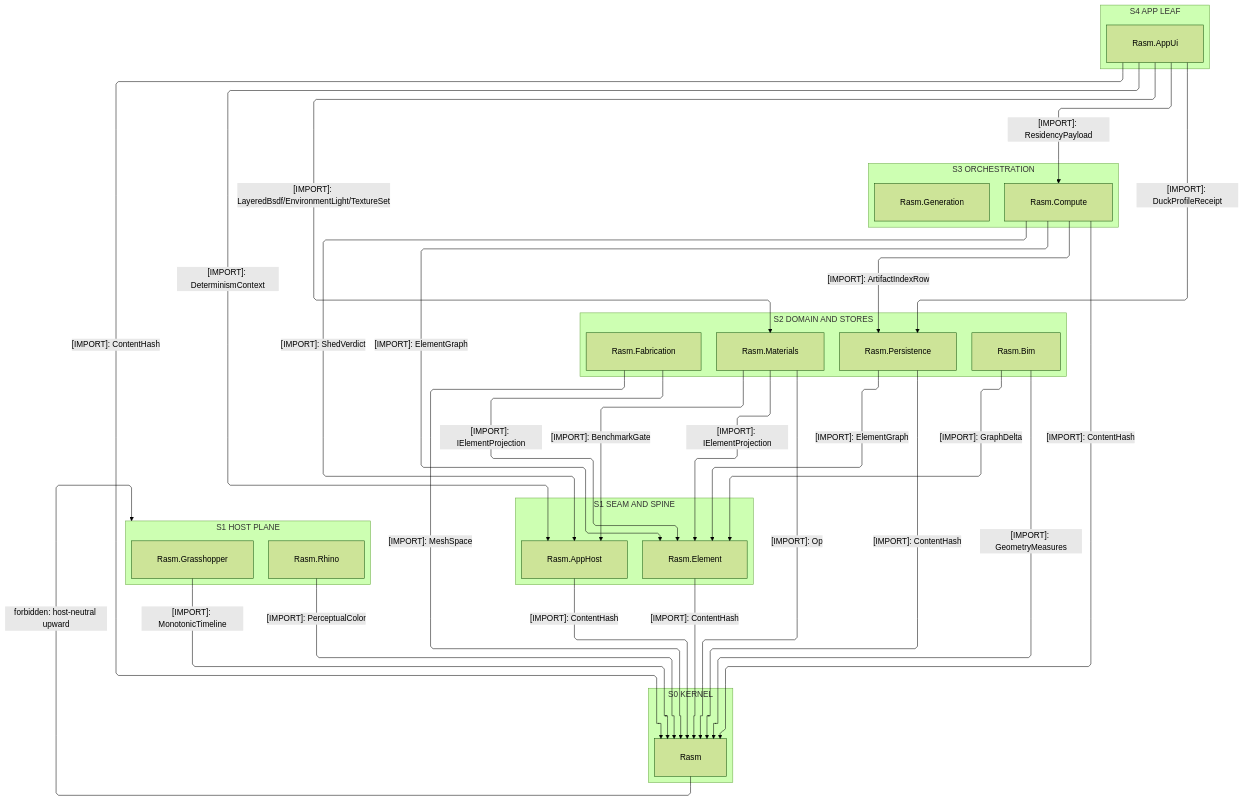
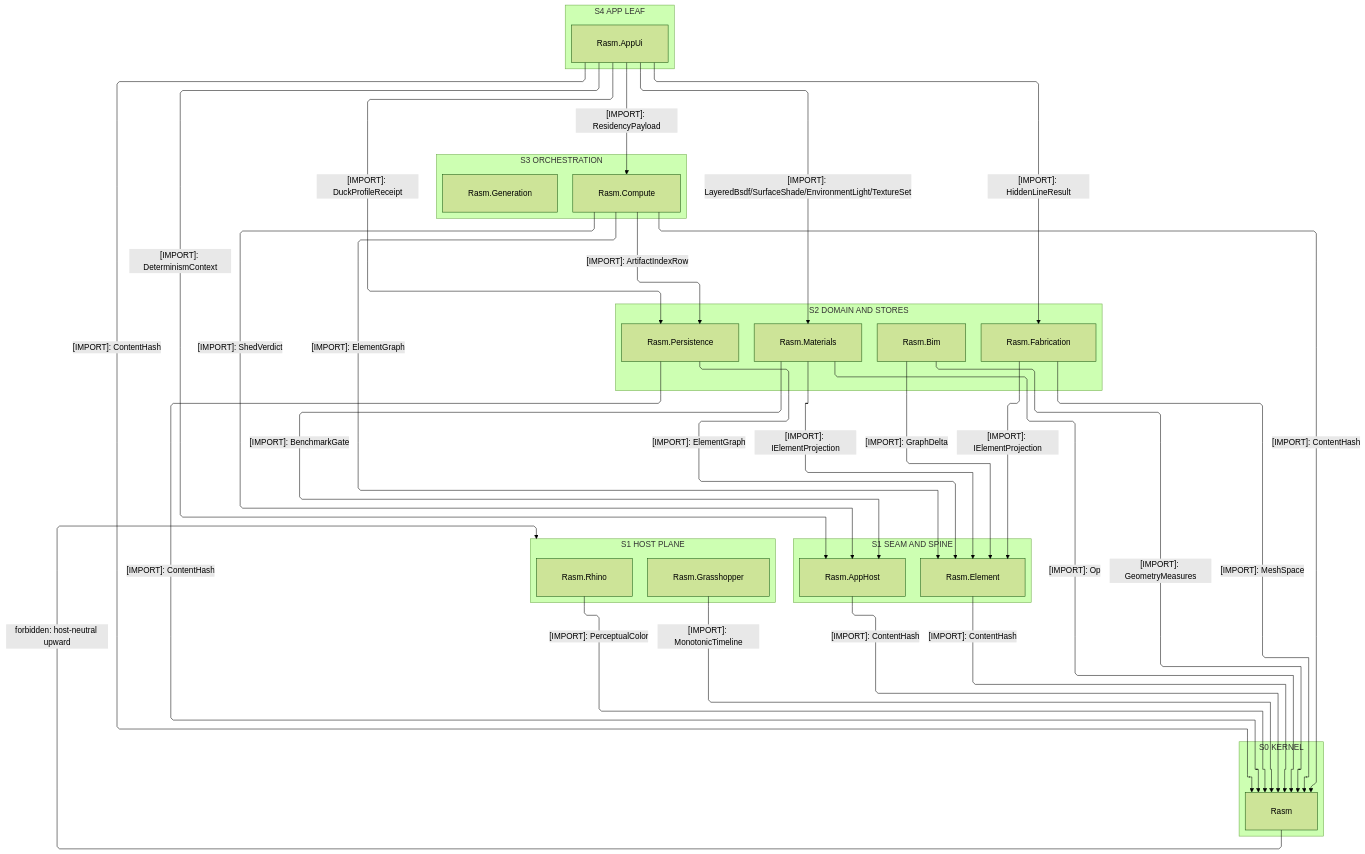
Before and after one commit to bsamiee/Rasm: the first of 5 diagrams in libs/csharp/.planning/ARCHITECTURE.md, drawn with Mermaid (forest theme). The commit also changed other lines of this file and 747 other files, not shown here.

````diff
--- a/libs/csharp/.planning/ARCHITECTURE.md
+++ b/libs/csharp/.planning/ARCHITECTURE.md
@@ -46,59 +46,60 @@
 ```mermaid
 ---
 config:
   layout: elk
   flowchart:
     curve: linear
     padding: 25
 ---
 flowchart TB
     accTitle: C# branch package reference strata
     accDescr: Five host-neutral ranks from the app-platform leaf down to the kernel beside a plane-distinct host boundary at the seam rank — every reference edge downward and solid, labeled edges naming one sourced type, no edge inside any rank, one forbidden host-neutral upward edge, and the target package seated edgeless until its first design page freezes the types it sources.
     subgraph S4["S4 APP LEAF"]
         AppUi[Rasm.AppUi]
     end
     subgraph S3["S3 ORCHESTRATION"]
         Compute[Rasm.Compute]
         Generation[Rasm.Generation]
     end
     subgraph S2["S2 DOMAIN AND STORES"]
         Bim[Rasm.Bim]
         Materials[Rasm.Materials]
         Fabrication[Rasm.Fabrication]
         Persistence[Rasm.Persistence]
     end
     subgraph S1["S1 SEAM AND SPINE"]
         Element[Rasm.Element]
         AppHost[Rasm.AppHost]
     end
     subgraph HOST["S1 HOST PLANE"]
         Rhino[Rasm.Rhino]
         Grasshopper[Rasm.Grasshopper]
     end
     subgraph S0["S0 KERNEL"]
         Rasm[Rasm]
     end
     Rhino -->|"[IMPORT]: PerceptualColor"| Rasm
     Grasshopper -->|"[IMPORT]: MonotonicTimeline"| Rasm
     Element -->|"[IMPORT]: ContentHash"| Rasm
     AppHost -->|"[IMPORT]: ContentHash"| Rasm
     Persistence -->|"[IMPORT]: ElementGraph"| Element
     Persistence -->|"[IMPORT]: ContentHash"| Rasm
     Materials -->|"[IMPORT]: IElementProjection"| Element
     Materials -->|"[IMPORT]: Op"| Rasm
     Materials -->|"[IMPORT]: BenchmarkGate"| AppHost
     Bim -->|"[IMPORT]: GraphDelta"| Element
     Bim -->|"[IMPORT]: GeometryMeasures"| Rasm
     Fabrication -->|"[IMPORT]: IElementProjection"| Element
     Fabrication -->|"[IMPORT]: MeshSpace"| Rasm
     Compute -->|"[IMPORT]: ElementGraph"| Element
     Compute -->|"[IMPORT]: ContentHash"| Rasm
     Compute -->|"[IMPORT]: ShedVerdict"| AppHost
     Compute -->|"[IMPORT]: ArtifactIndexRow"| Persistence
     AppUi -->|"[IMPORT]: ContentHash"| Rasm
     AppUi -->|"[IMPORT]: DeterminismContext"| AppHost
     AppUi -->|"[IMPORT]: ResidencyPayload"| Compute
-    AppUi -->|"[IMPORT]: LayeredBsdf/EnvironmentLight/TextureSet"| Materials
+    AppUi -->|"[IMPORT]: LayeredBsdf/SurfaceShade/EnvironmentLight/TextureSet"| Materials
+    AppUi -->|"[IMPORT]: HiddenLineResult"| Fabrication
     AppUi -->|"[IMPORT]: DuckProfileReceipt"| Persistence
     Rasm -->|"forbidden: host-neutral upward"| HOST
 ```
````
